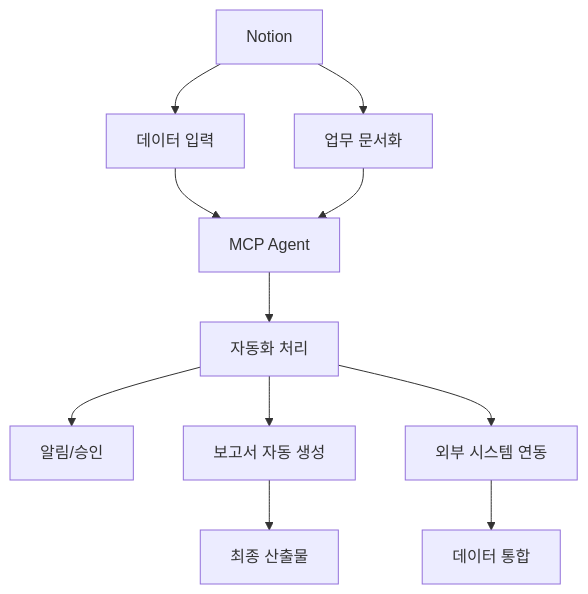
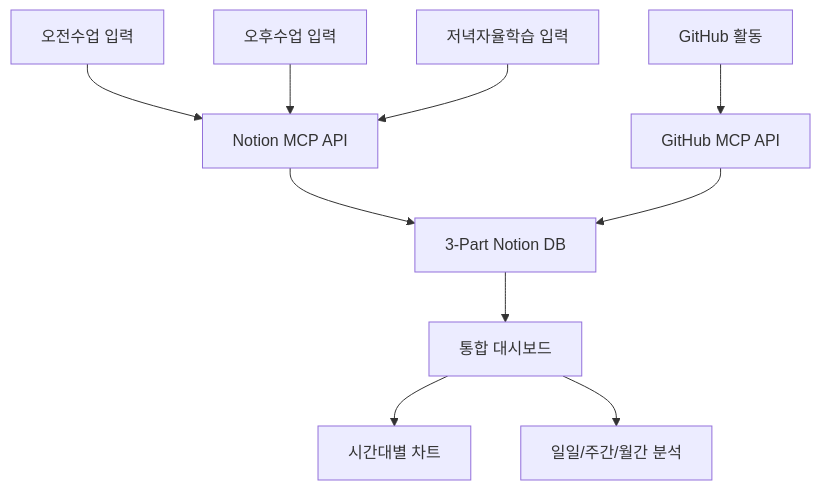
One commit to positivemultiplier/LG_DX_SCHOOL changed the first of 4 diagrams in README.md. Above: the diagram before and after it, drawn with Mermaid. The commit also changed other lines of this file, not shown here.

Commit message:
docs: 3-Part Daily Reflection Dashboard 중심으로 README.md 전면 개정 및 시각화 강화

````diff
--- a/README.md
+++ b/README.md
@@ -50,14 +13,11 @@
 ```mermaid
-graph TD
-    A[Notion] --> B[데이터 입력]
-    A --> C[업무 문서화]
-    B --> D[MCP Agent]
-    C --> D
-    D --> E[자동화 처리]
-    E --> F[알림/승인]
-    E --> G[보고서 자동 생성]
-    E --> H[외부 시스템 연동]
-    G --> I[최종 산출물]
-    H --> J[데이터 통합]
- 
+flowchart TD
+    A[오전수업 입력] --> B[Notion MCP API]
+    C[오후수업 입력] --> B
+    D[저녁자율학습 입력] --> B
+    E[GitHub 활동] --> F[GitHub MCP API]
+    B & F --> G[3-Part Notion DB]
+    G --> H[통합 대시보드]
+    H --> I[시간대별 차트]
+    H --> J[일일/주간/월간 분석]
 ```
````
